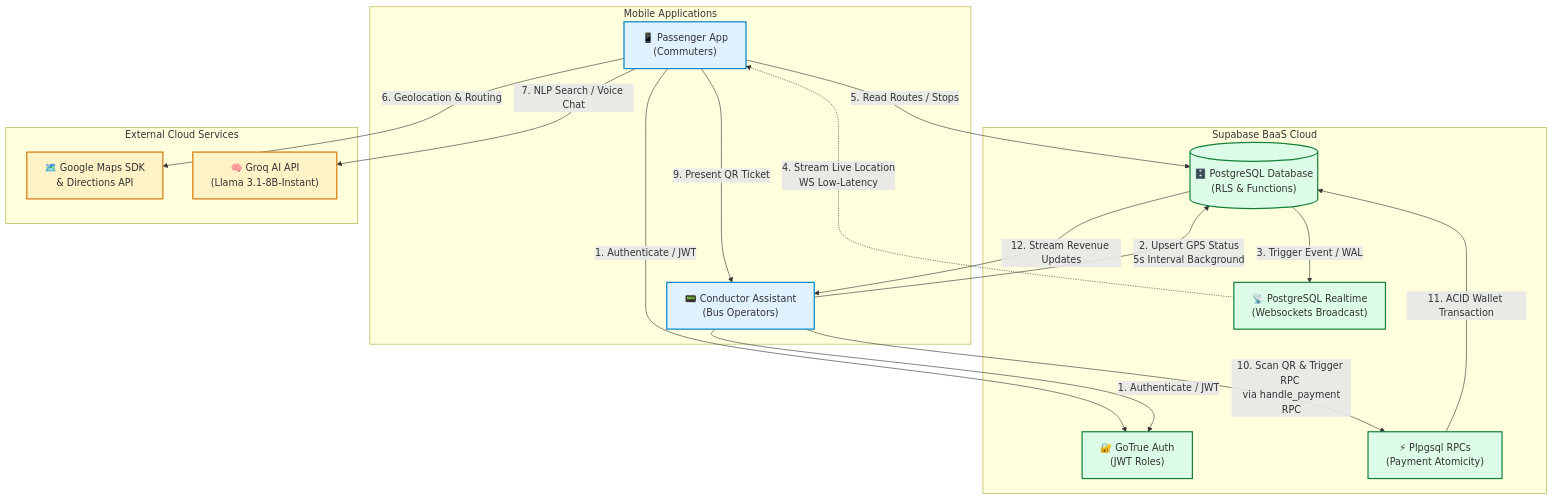
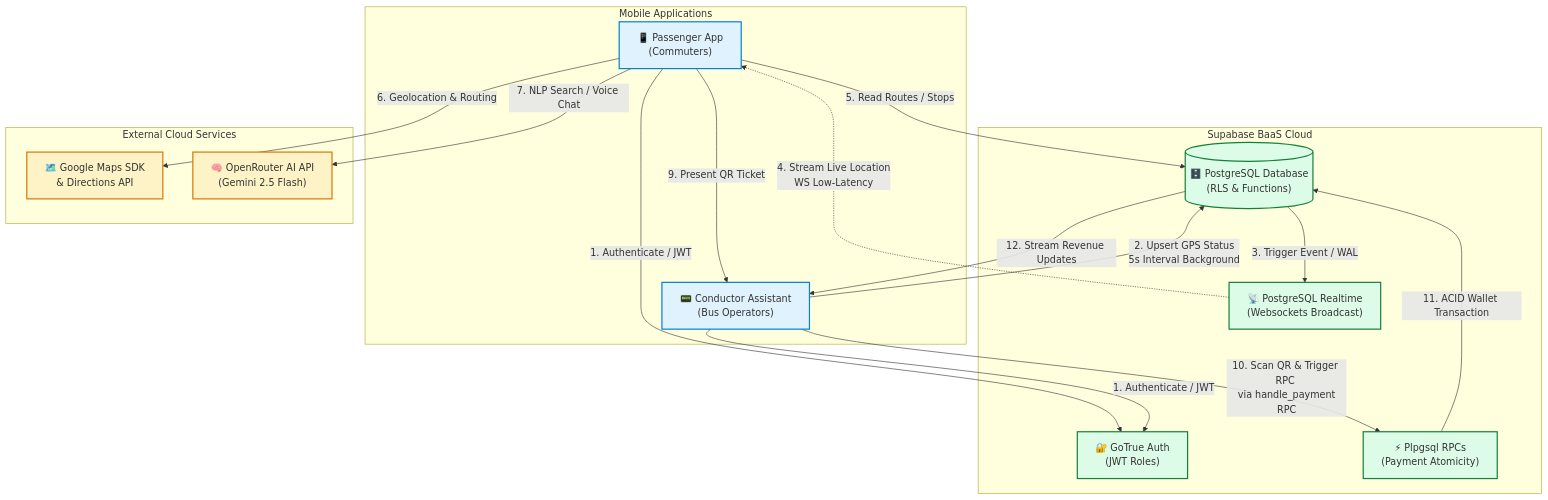
The first of 2 diagrams in README.md (PandaSL2/TransLink), drawn with Mermaid before and after one commit. The commit also changed other lines of this file and 2 other files, not shown here.

````diff
--- a/README.md
+++ b/README.md
@@ -17,46 +17,46 @@
 ```mermaid
 graph TD
     %% Clients
     subgraph Mobile_Clients [Mobile Applications]
         Passenger["📱 Passenger App <br/>(Commuters)"]
         Conductor["📟 Conductor Assistant <br/>(Bus Operators)"]
     end
 
     %% Backend BaaS
     subgraph Backend_Cloud [Supabase BaaS Cloud]
         Auth["🔐 GoTrue Auth <br/>(JWT Roles)"]
         Realtime["📡 PostgreSQL Realtime <br/>(Websockets Broadcast)"]
         DB[("🗄️ PostgreSQL Database <br/>(RLS & Functions)")]
         RPC["⚡ Plpgsql RPCs <br/>(Payment Atomicity)"]
     end
 
     %% External Microservices
     subgraph External_APIs [External Cloud Services]
         Gmaps["🗺️ Google Maps SDK <br/>& Directions API"]
-        Groq["🧠 Groq AI API <br/>(Llama 3.1-8B-Instant)"]
+        OpenRouter["🧠 OpenRouter AI API <br/>(Gemini 2.5 Flash)"]
     end
 
     %% Interactions
     Passenger -->|1. Authenticate / JWT| Auth
     Conductor -->|1. Authenticate / JWT| Auth
     
     Conductor -->|2. Upsert GPS Status <br/> 5s Interval Background| DB
     DB -->|3. Trigger Event / WAL| Realtime
     Realtime -.->|4. Stream Live Location <br/> WS Low-Latency| Passenger
     
     Passenger -->|5. Read Routes / Stops| DB
     Passenger -->|6. Geolocation & Routing| Gmaps
-    Passenger -->|7. NLP Search / Voice Chat| Groq
+    Passenger -->|7. NLP Search / Voice Chat| OpenRouter
 
     Passenger -->|9. Present QR Ticket| Conductor
     Conductor -->|10. Scan QR & Trigger RPC <br/> via handle_payment RPC| RPC
     RPC -->|11. ACID Wallet Transaction| DB
     DB -->|12. Stream Revenue Updates| Conductor
     
     classDef client fill:#E0F2FE,stroke:#0284C7,stroke-width:2px;
     classDef backend fill:#DCFCE7,stroke:#15803D,stroke-width:2px;
     classDef external fill:#FEF3C7,stroke:#D97706,stroke-width:2px;
     class Passenger,Conductor client;
     class Auth,Realtime,DB,RPC backend;
-    class Gmaps,Groq external;
+    class Gmaps,OpenRouter external;
 ```
````
